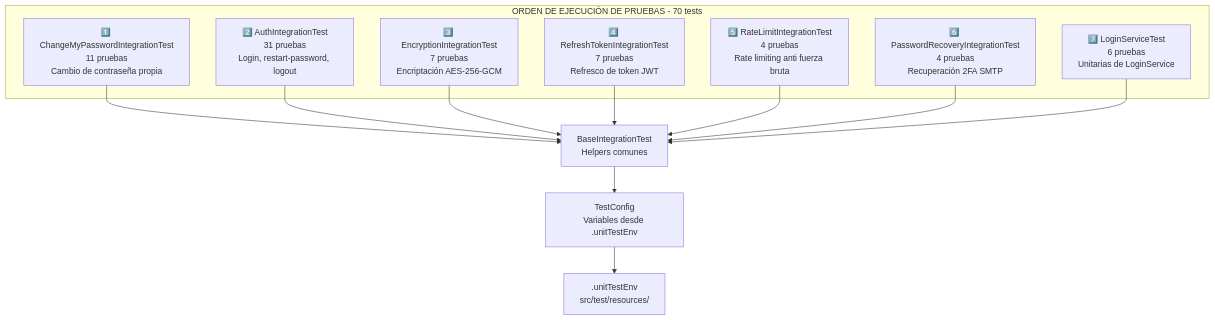
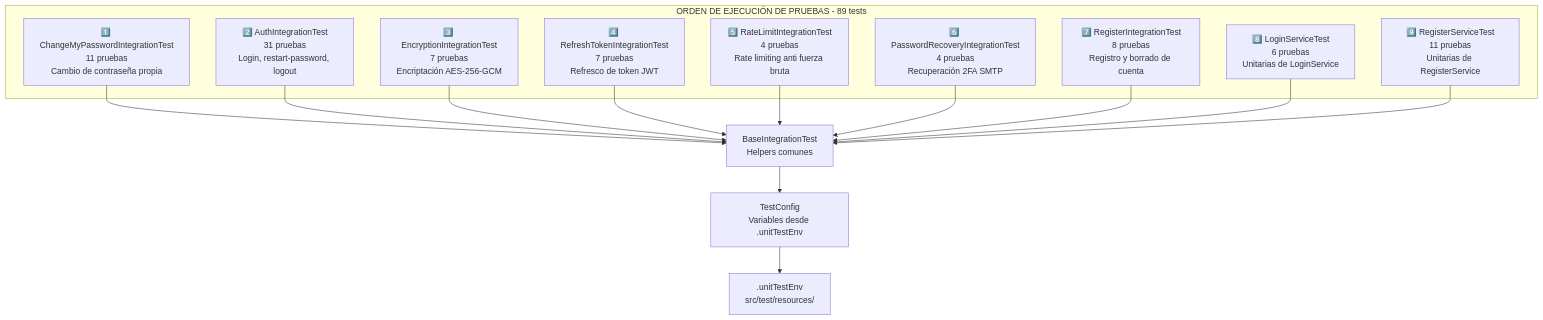
One commit to 42mrnobody42-alt/investment-tracker changed diagram 13 of 13 in README.md. Above: the diagram before and after it, drawn with Mermaid. The commit also changed other lines of this file, not shown here.

Commit message:
docs: actualizar diagrama de pruebas (89 tests) y estructura de directorios con nuevos archivos de registro

````diff
--- a/README.md
+++ b/README.md
@@ -571,23 +640,27 @@
 ```mermaid
 graph TB
-    subgraph "ORDEN DE EJECUCIÓN DE PRUEBAS - 70 tests"
+    subgraph "ORDEN DE EJECUCIÓN DE PRUEBAS - 89 tests"
         A["1️⃣ ChangeMyPasswordIntegrationTest<br/>11 pruebas<br/>Cambio de contraseña propia"]
         B["2️⃣ AuthIntegrationTest<br/>31 pruebas<br/>Login, restart-password, logout"]
         C["3️⃣ EncryptionIntegrationTest<br/>7 pruebas<br/>Encriptación AES-256-GCM"]
         D["4️⃣ RefreshTokenIntegrationTest<br/>7 pruebas<br/>Refresco de token JWT"]
         E["5️⃣ RateLimitIntegrationTest<br/>4 pruebas<br/>Rate limiting anti fuerza bruta"]
         F["6️⃣ PasswordRecoveryIntegrationTest<br/>4 pruebas<br/>Recuperación 2FA SMTP"]
-        G["7️⃣ LoginServiceTest<br/>6 pruebas<br/>Unitarias de LoginService"]
+        G["7️⃣ RegisterIntegrationTest<br/>8 pruebas<br/>Registro y borrado de cuenta"]
+        H["8️⃣ LoginServiceTest<br/>6 pruebas<br/>Unitarias de LoginService"]
+        I["9️⃣ RegisterServiceTest<br/>11 pruebas<br/>Unitarias de RegisterService"]
     end
 
-    A --> H["BaseIntegrationTest<br/>Helpers comunes"]
-    B --> H
-    C --> H
-    D --> H
-    E --> H
-    F --> H
-    G --> H
+    A --> J["BaseIntegrationTest<br/>Helpers comunes"]
+    B --> J
+    C --> J
+    D --> J
+    E --> J
+    F --> J
+    G --> J
+    H --> J
+    I --> J
 
-    H --> I["TestConfig<br/>Variables desde .unitTestEnv"]
-    I --> J[".unitTestEnv<br/>src/test/resources/"]
+    J --> K["TestConfig<br/>Variables desde .unitTestEnv"]
+    K --> L[".unitTestEnv<br/>src/test/resources/"]
 ```
````
